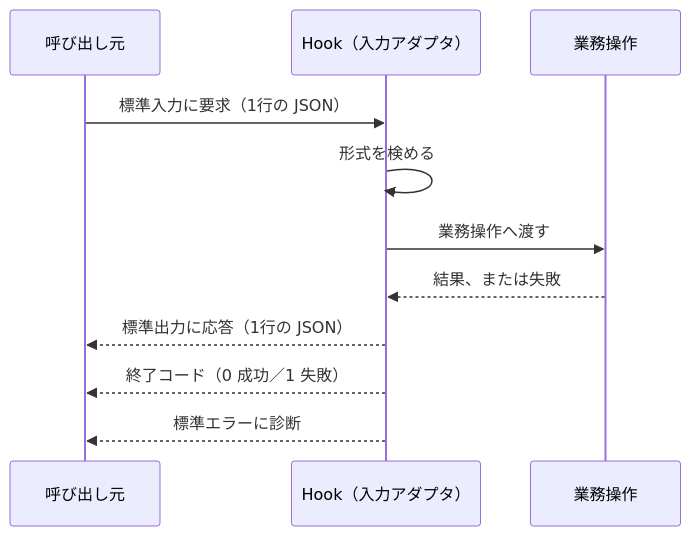
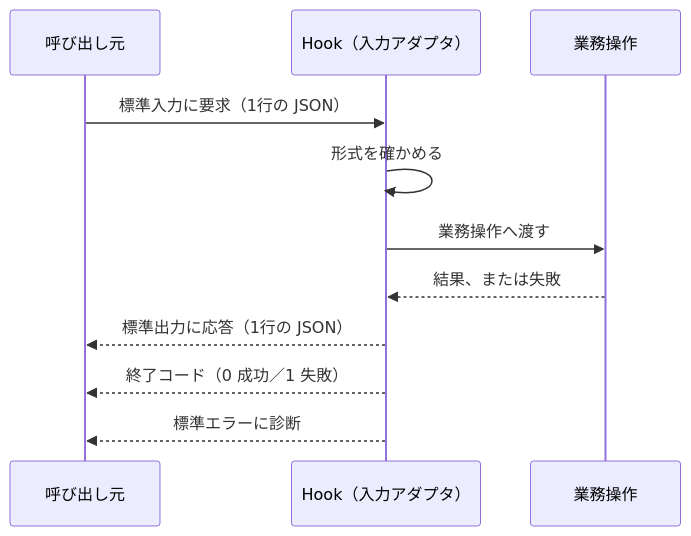
The diagram in .waffle/skills/coding-skills/constraints/purpose.hook/contract.md (daidaiiro-519/waffle), drawn with Mermaid before and after one commit. The commit also changed 59 other files, not shown here.

````diff
--- a/.waffle/skills/coding-skills/constraints/purpose.hook/contract.md
+++ b/.waffle/skills/coding-skills/constraints/purpose.hook/contract.md
@@ -31,13 +31,13 @@
 ```mermaid
 sequenceDiagram
     participant C as 呼び出し元
     participant H as Hook（入力アダプタ）
     participant A as 業務操作
     C->>H: 標準入力に要求（1行の JSON）
-    H->>H: 形式を検める
+    H->>H: 形式を確かめる
     H->>A: 業務操作へ渡す
     A-->>H: 結果、または失敗
     H-->>C: 標準出力に応答（1行の JSON）
     H-->>C: 終了コード（0 成功／1 失敗）
     H-->>C: 標準エラーに診断
 ```
````
